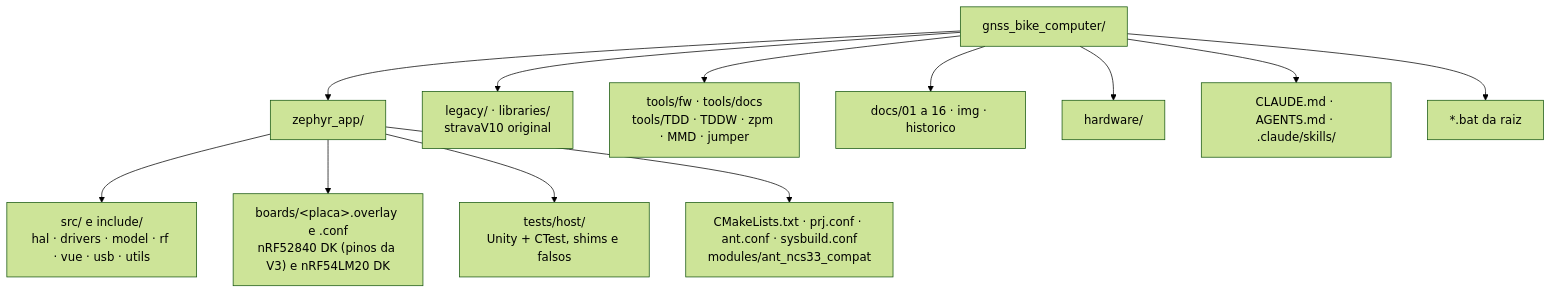
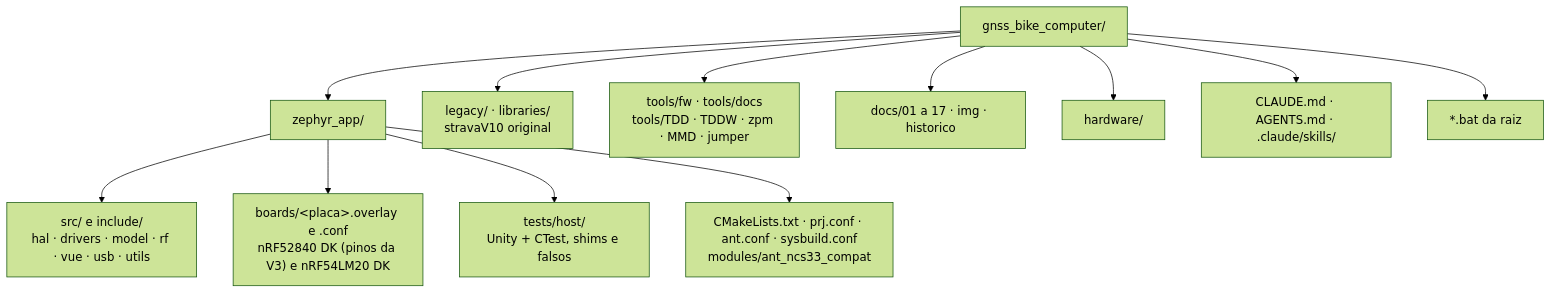
One commit to Guiimartinho/gnss-bike-computer changed the first of 2 diagrams in CLAUDE.md. Above: the diagram before and after it, drawn with Mermaid (forest theme). The commit also changed other lines of this file and 8 other files, not shown here.

````diff
--- a/CLAUDE.md
+++ b/CLAUDE.md
@@ -58,15 +58,15 @@
 ```mermaid
 flowchart TB
     ROOT["gnss_bike_computer/"]
     ROOT --> ZA["zephyr_app/"]
     ZA --> ZS["src/ e include/<br/>hal · drivers · model · rf · vue · usb · utils"]
     ZA --> ZB["boards/&lt;placa&gt;.overlay e .conf<br/>nRF52840 DK (pinos da V3) e nRF54LM20 DK"]
     ZA --> ZT["tests/host/<br/>Unity + CTest, shims e falsos"]
     ZA --> ZC["CMakeLists.txt · prj.conf · ant.conf · sysbuild.conf<br/>modules/ant_ncs33_compat"]
     ROOT --> LEG["legacy/ · libraries/<br/>stravaV10 original"]
     ROOT --> TOOLS["tools/fw · tools/docs<br/>tools/TDD · TDDW · zpm · MMD · jumper"]
-    ROOT --> DOCS["docs/01 a 16 · img · historico"]
+    ROOT --> DOCS["docs/01 a 17 · img · historico"]
     ROOT --> HW["hardware/"]
     ROOT --> AI["CLAUDE.md · AGENTS.md · .claude/skills/"]
     ROOT --> BAT["*.bat da raiz"]
 ```
````
